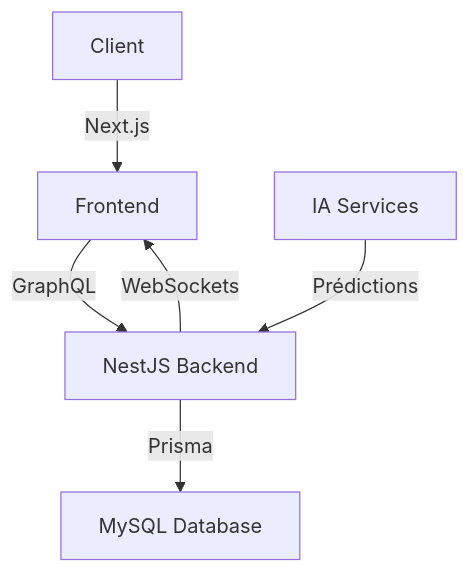
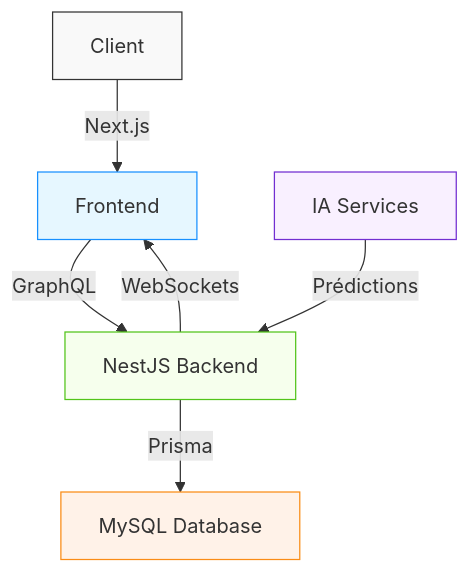
Before and after one commit to POWLAIR/Presentation-Full-IA: the first of 2 diagrams in slides.md, drawn with Mermaid. The commit also changed other lines of this file, not shown here.

````diff
--- a/slides.md
+++ b/slides.md
@@ -133,8 +341,14 @@
 ```mermaid {scale: 0.7}
 graph TD
     A[Client] -->|Next.js| B[Frontend]
     B -->|GraphQL| C[NestJS Backend]
     C -->|Prisma| D[MySQL Database]
     C -->|WebSockets| B
     E[IA Services] -->|Prédictions| C
+    
+    style A fill:#f9f9f9,stroke:#333,stroke-width:1px
+    style B fill:#e6f7ff,stroke:#1890ff,stroke-width:1px
+    style C fill:#f6ffed,stroke:#52c41a,stroke-width:1px
+    style D fill:#fff2e8,stroke:#fa8c16,stroke-width:1px
+    style E fill:#f9f0ff,stroke:#722ed1,stroke-width:1px
 ```
````
